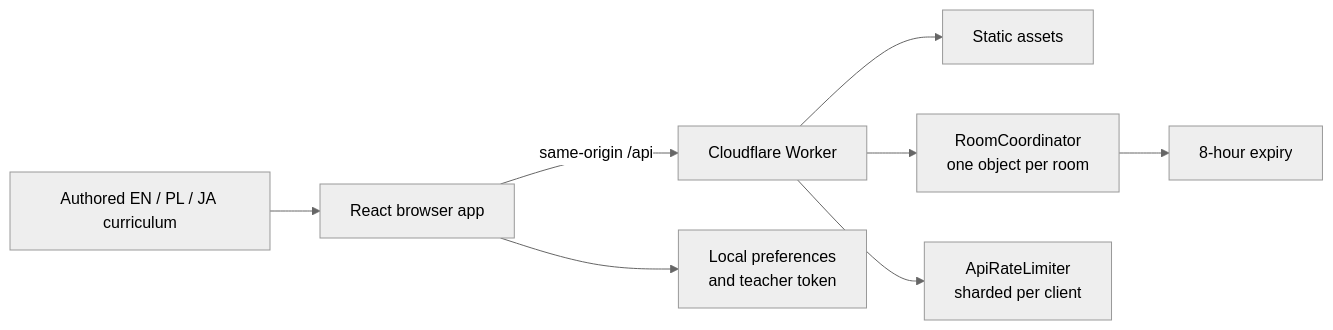
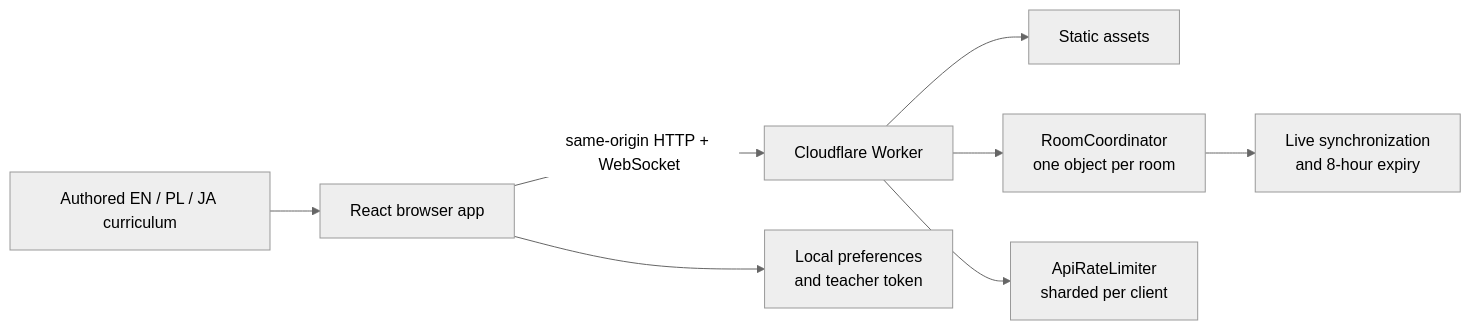
The diagram in README.md (RobTar97/linguaflow), drawn with Mermaid (neutral theme) before and after one commit. The commit also changed other lines of this file and 40 other files, not shown here.

First line of the commit message:
Expand category discovery and teacher-led practice flows (#8)

````diff
--- a/README.md
+++ b/README.md
@@ -140,10 +142,10 @@
 ```mermaid
 flowchart LR
-  B["React browser app"] -->|"same-origin /api"| W["Cloudflare Worker"]
+  B["React browser app"] -->|"same-origin HTTP + WebSocket"| W["Cloudflare Worker"]
   W --> A["Static assets"]
   W --> R["RoomCoordinator<br/>one object per room"]
   W --> L["ApiRateLimiter<br/>sharded per client"]
-  R --> E["8-hour expiry"]
+  R --> E["Live synchronization<br/>and 8-hour expiry"]
   B --> S["Local preferences<br/>and teacher token"]
   C["Authored EN / PL / JA curriculum"] --> B
 ```
````
